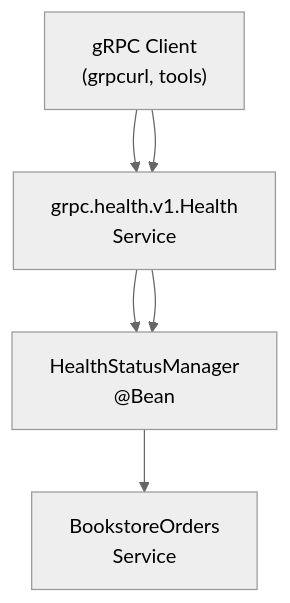
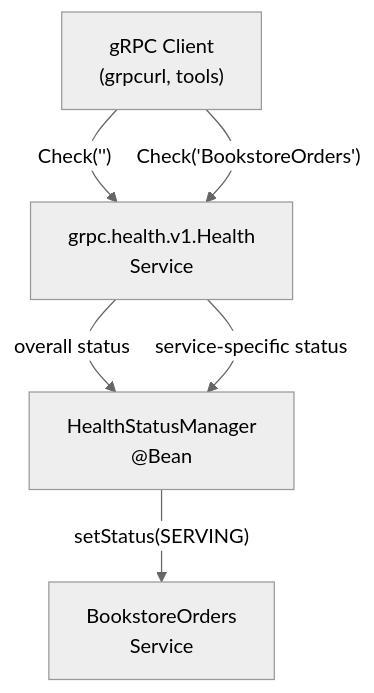
One commit to philipz/spring-modular-monolith changed the fourth of 8 diagrams in docs/deepwiki/gRPC-Server-Configuration.md. Above: the diagram before and after it, drawn with Mermaid (neutral theme). The commit also changed other lines of this file and 55 other files, not shown here.

````diff
--- a/docs/deepwiki/gRPC-Server-Configuration.md
+++ b/docs/deepwiki/gRPC-Server-Configuration.md
@@ -148,14 +148,14 @@
 ```mermaid
 flowchart TD
 
 Client["gRPC Client<br>(grpcurl, tools)"]
 HealthService["grpc.health.v1.Health<br>Service"]
 Manager["HealthStatusManager<br>@Bean"]
 OrdersService["BookstoreOrders<br>Service"]
 
-Client --> HealthService
-HealthService --> Manager
-Client --> HealthService
-HealthService --> Manager
-Manager --> OrdersService
+Client -->|"Check('')"| HealthService
+HealthService -->|"overall status"| Manager
+Client -->|"Check('BookstoreOrders')"| HealthService
+HealthService -->|"service-specific status"| Manager
+Manager -->|"setStatus(SERVING)"| OrdersService
 ```
````
